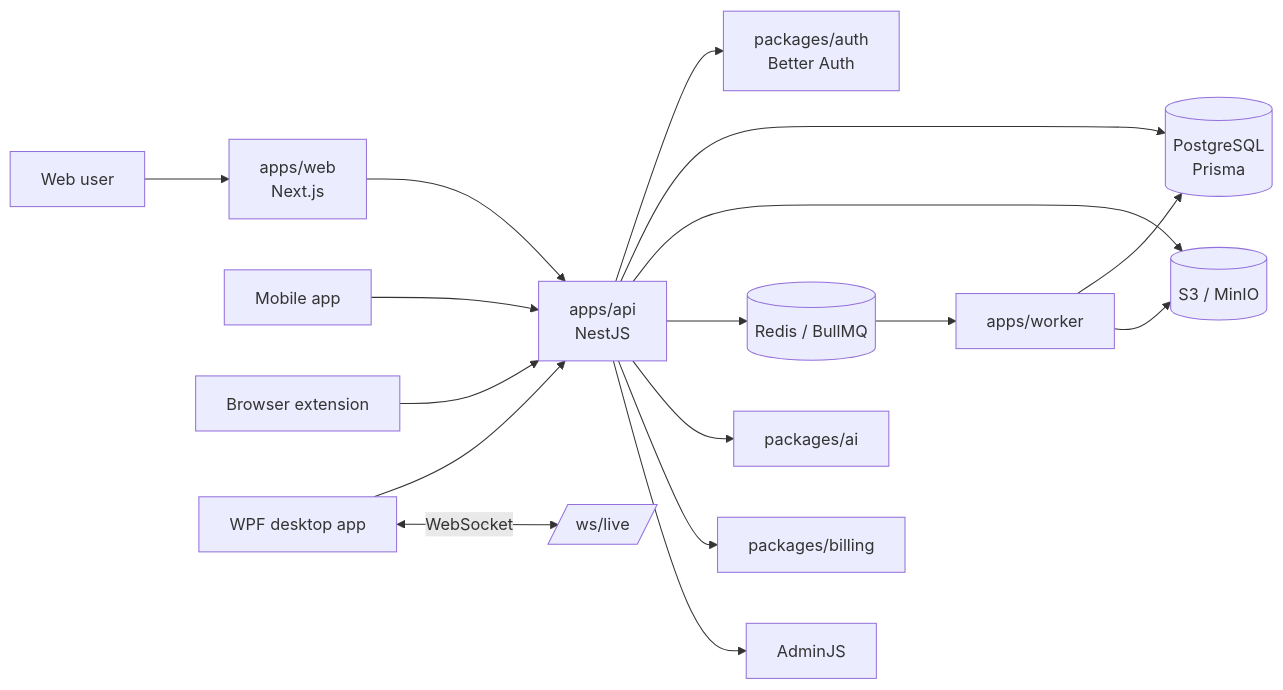
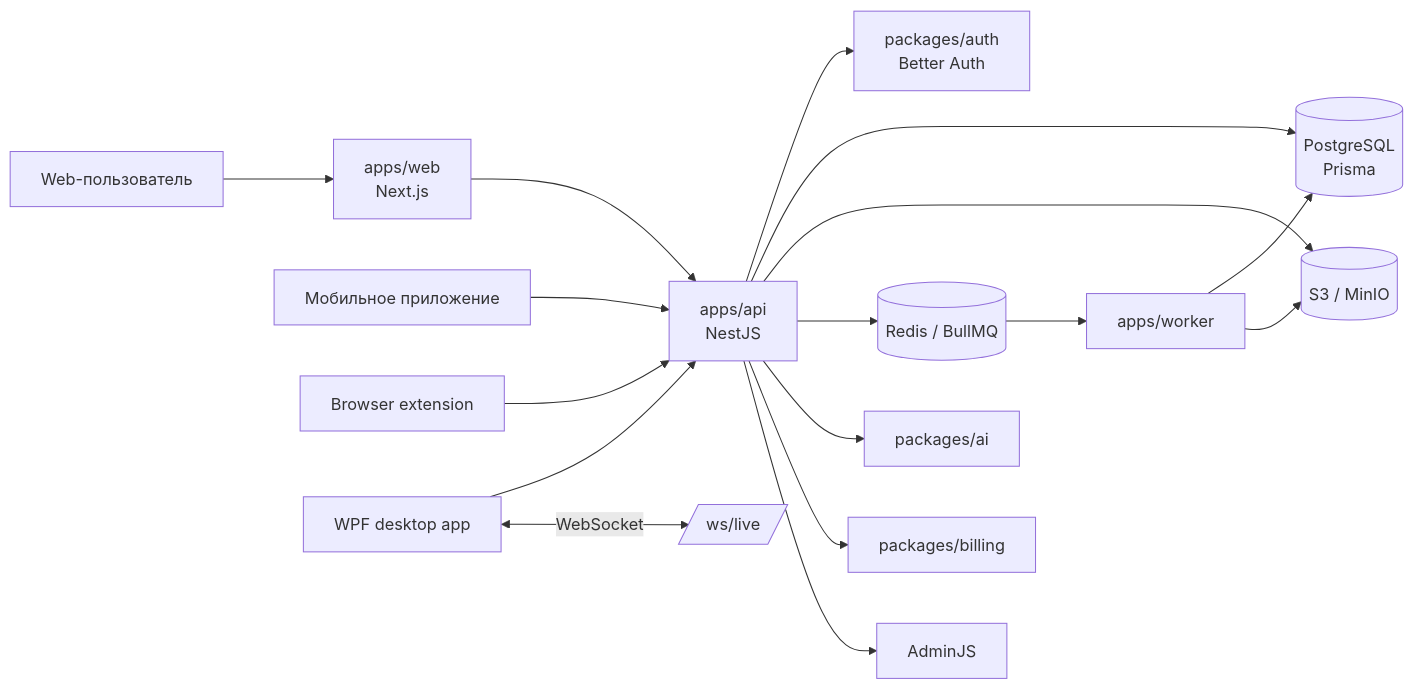
One commit to spectr6161-dev/offergo changed the diagram in README.md. Above: the diagram before and after it, drawn with Mermaid. The commit also changed other lines of this file and 1 other file, not shown here.

````diff
--- a/README.md
+++ b/README.md
@@ -98,21 +100,21 @@
 ```mermaid
 flowchart LR
-  User[Web user] --> Web[apps/web<br/>Next.js]
-  Mobile[Mobile app] --> API[apps/api<br/>NestJS]
+  User[Web-пользователь] --> Web[apps/web<br/>Next.js]
+  Mobile[Мобильное приложение] --> API[apps/api<br/>NestJS]
   Extension[Browser extension] --> API
   WPF[WPF desktop app] --> API
   WPF <-->|WebSocket| Live[/ws/live/]
 
   Web --> API
   API --> Auth[packages/auth<br/>Better Auth]
   API --> DB[(PostgreSQL<br/>Prisma)]
   API --> Storage[(S3 / MinIO)]
   API --> Queue[(Redis / BullMQ)]
   API --> AI[packages/ai]
   API --> Billing[packages/billing]
   API --> Admin[AdminJS]
 
   Queue --> Worker[apps/worker]
   Worker --> DB
   Worker --> Storage
 ```
````
